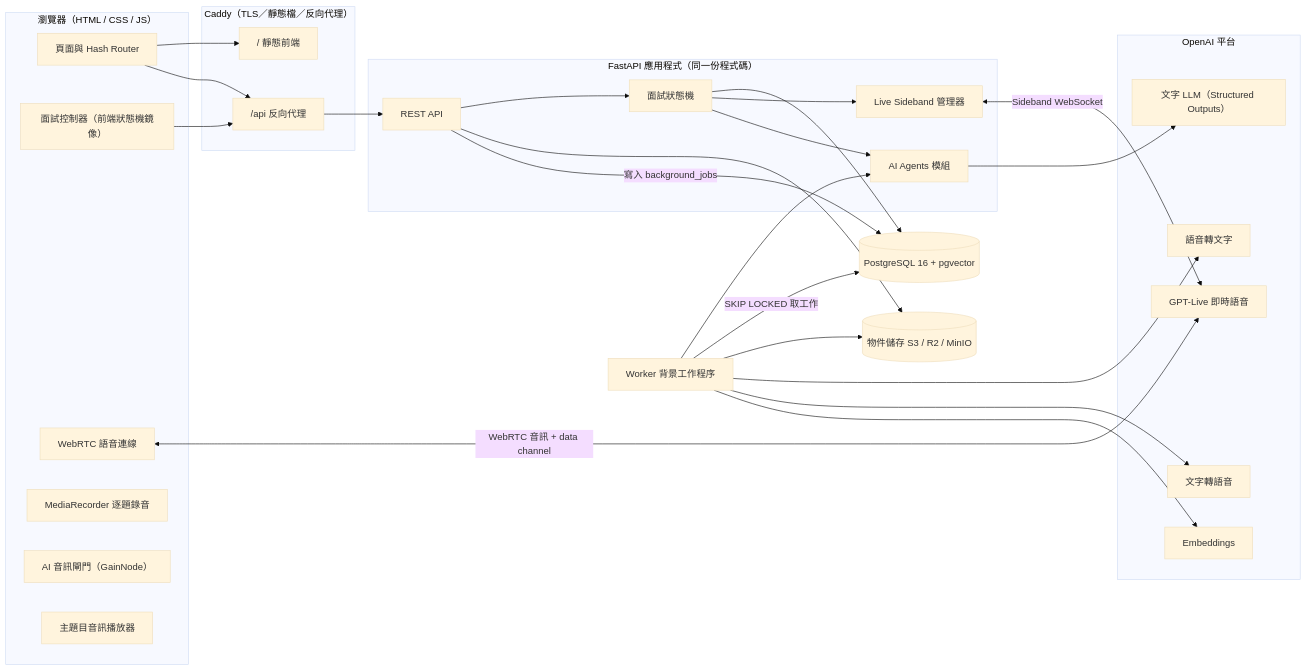
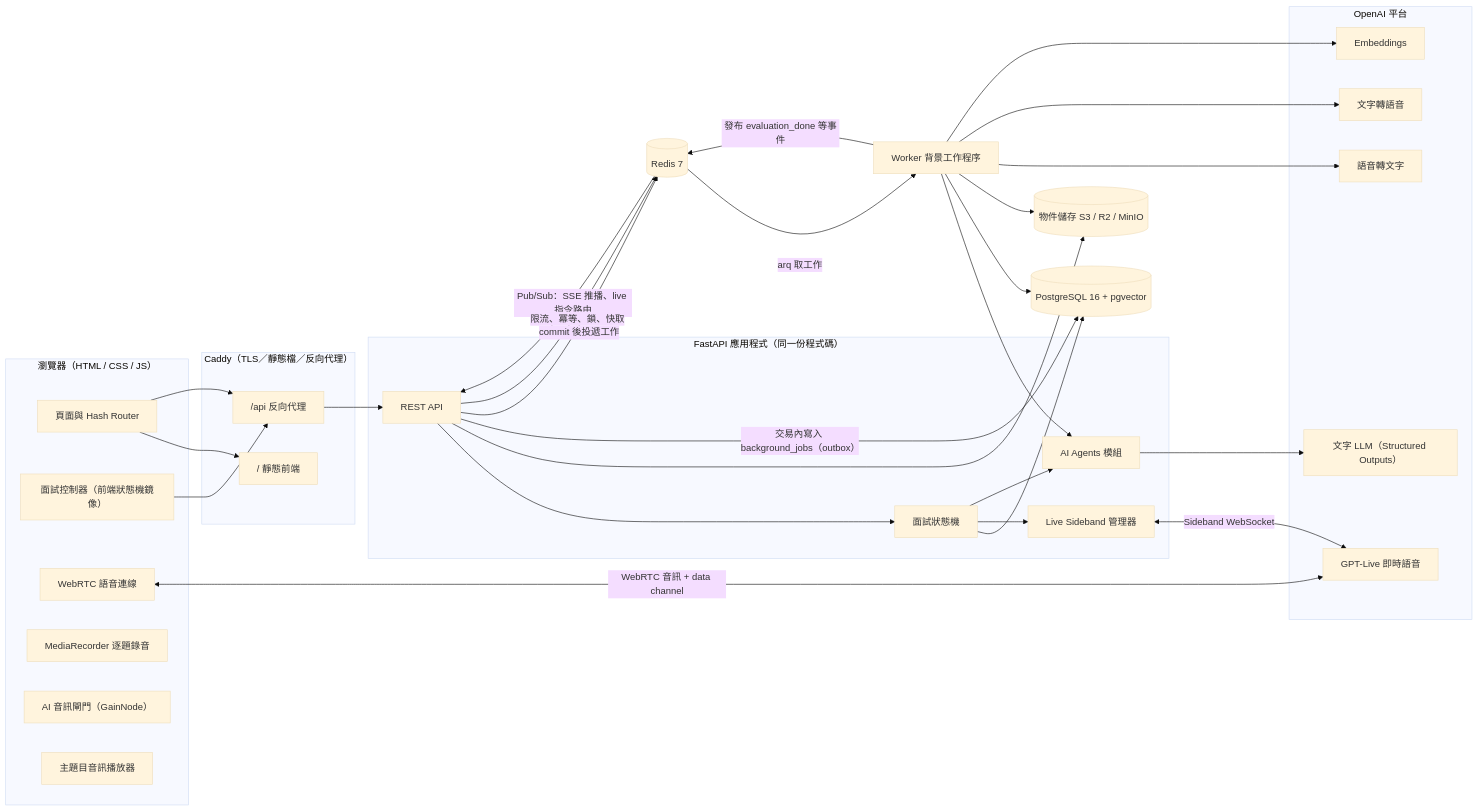
Before and after one commit to WilliamTsai1227/AI_Interview: the first of 6 diagrams in spec/architecture.md, drawn with Mermaid (base theme). The commit also changed other lines of this file and 3 other files, not shown here.

````diff
--- a/spec/architecture.md
+++ b/spec/architecture.md
@@ -46,54 +46,60 @@
 ```mermaid
 flowchart LR
     subgraph Browser["瀏覽器（HTML / CSS / JS）"]
         UI["頁面與 Hash Router"]
         IC["面試控制器（前端狀態機鏡像）"]
         RTC["WebRTC 語音連線"]
         REC["MediaRecorder 逐題錄音"]
         GATE["AI 音訊閘門（GainNode）"]
         TTSP["主題目音訊播放器"]
     end
 
     subgraph Edge["Caddy（TLS／靜態檔／反向代理）"]
         STATIC["/ 靜態前端"]
         PROXY["/api 反向代理"]
     end
 
     subgraph App["FastAPI 應用程式（同一份程式碼）"]
         API["REST API"]
         SM["面試狀態機"]
         SB["Live Sideband 管理器"]
         AGENTS["AI Agents 模組"]
     end
 
     WORKER["Worker 背景工作程序"]
     PG[("PostgreSQL 16 + pgvector")]
+    RD[("Redis 7")]
     OBJ[("物件儲存 S3 / R2 / MinIO")]
 
     subgraph OpenAI["OpenAI 平台"]
         LIVE["GPT-Live 即時語音"]
         LLM["文字 LLM（Structured Outputs）"]
         STT["語音轉文字"]
         TTS["文字轉語音"]
         EMB["Embeddings"]
     end
 
     UI --> STATIC
     UI --> PROXY --> API
     IC --> PROXY
     RTC <-->|"WebRTC 音訊 + data channel"| LIVE
     API --> SM
     SM --> PG
     API --> OBJ
     SB <-->|"Sideband WebSocket"| LIVE
     SM --> SB
     SM --> AGENTS
     AGENTS --> LLM
-    API -->|"寫入 background_jobs"| PG
-    WORKER -->|"SKIP LOCKED 取工作"| PG
+    API -->|"交易內寫入 background_jobs（outbox）"| PG
+    API -->|"commit 後投遞工作"| RD
+    RD -->|"arq 取工作"| WORKER
+    WORKER --> PG
+    WORKER -->|"發布 evaluation_done 等事件"| RD
+    RD -->|"Pub/Sub：SSE 推播、live 指令路由"| API
+    API -->|"限流、冪等、鎖、快取"| RD
     WORKER --> OBJ
     WORKER --> STT
     WORKER --> TTS
     WORKER --> EMB
     WORKER --> AGENTS
 ```
````
